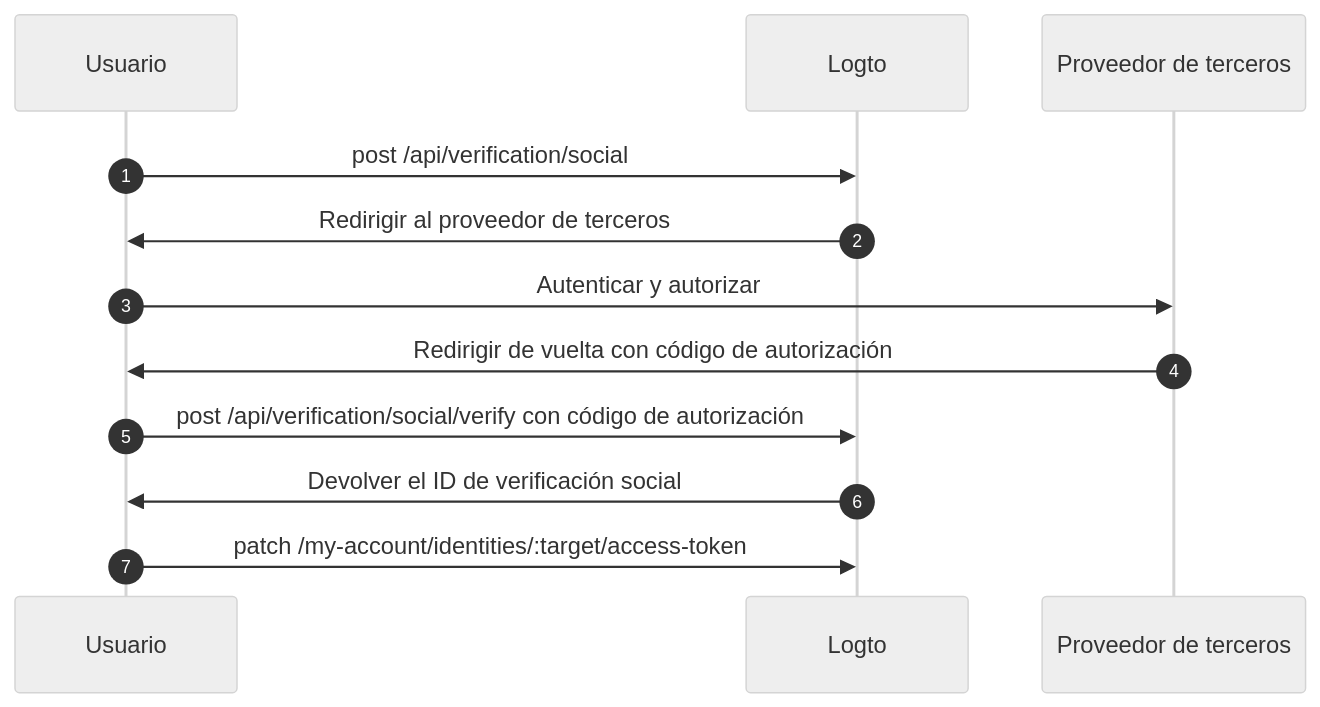
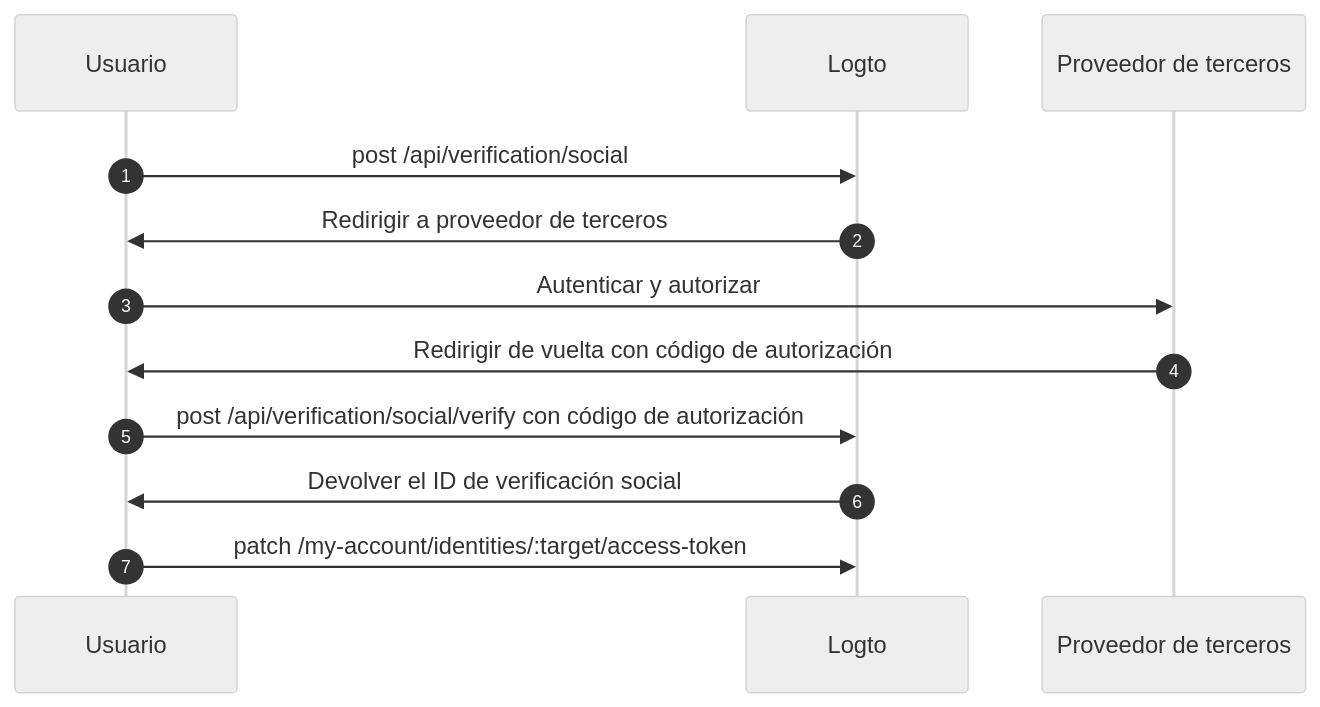
One commit to logto-io/docs changed the diagram in i18n/es/docusaurus-plugin-content-docs/current/secret-vault/federated-token-set.mdx. Above: the diagram before and after it, drawn with Mermaid (neutral theme). The commit also changed other lines of this file and 129 other files, not shown here.

````diff
--- a/i18n/es/docusaurus-plugin-content-docs/current/secret-vault/federated-token-set.mdx
+++ b/i18n/es/docusaurus-plugin-content-docs/current/secret-vault/federated-token-set.mdx
@@ -146,16 +146,16 @@
 ```mermaid
 sequenceDiagram
     autonumber
 
     participant User as Usuario
     participant Logto as Logto
     participant Provider as Proveedor de terceros
 
     User->>Logto: post /api/verification/social
-    Logto->>User: Redirigir al proveedor de terceros
+    Logto->>User: Redirigir a proveedor de terceros
     User->>Provider: Autenticar y autorizar
     Provider->>User: Redirigir de vuelta con código de autorización
     User->>Logto: post /api/verification/social/verify con código de autorización
     Logto->>User: Devolver el ID de verificación social
     User->>Logto: patch /my-account/identities/:target/access-token
 ```
````
